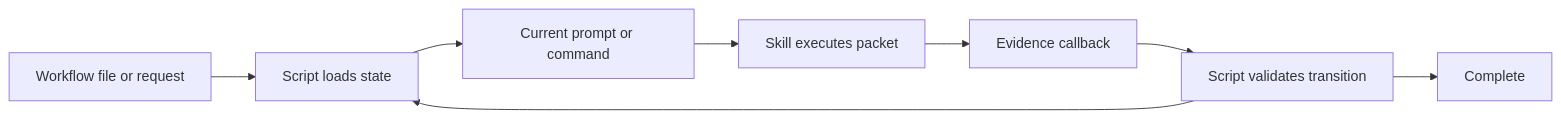
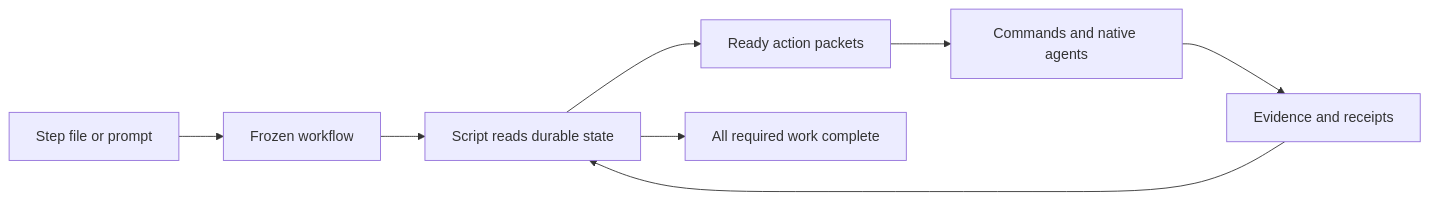
Before and after one commit to whichguy/workflow-engine: the first of 2 diagrams in README.md, drawn with Mermaid. The commit also changed other lines of this file and 85 other files, not shown here.

Commit message:
Release Weave workflow engine with durable native frontiers and portable packaging

````diff
--- a/README.md
+++ b/README.md
@@ -3,10 +10,10 @@
 ```mermaid
 flowchart LR
-  A[Workflow file or request] --> B[Script loads state]
-  B --> C[Current prompt or command]
-  C --> D[Skill executes packet]
-  D --> E[Evidence callback]
-  E --> F[Script validates transition]
-  F --> B
-  F --> G[Complete]
+  A[Step file or prompt] --> B[Frozen workflow]
+  B --> C[Script reads durable state]
+  C --> D[Ready action packets]
+  D --> E[Commands and native agents]
+  E --> F[Evidence and receipts]
+  F --> C
+  C --> G[All required work complete]
 ```
````
